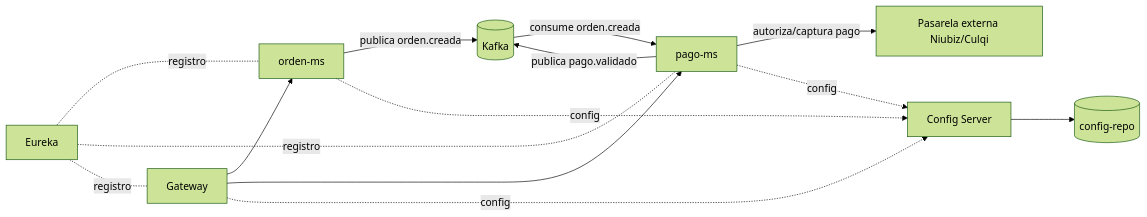
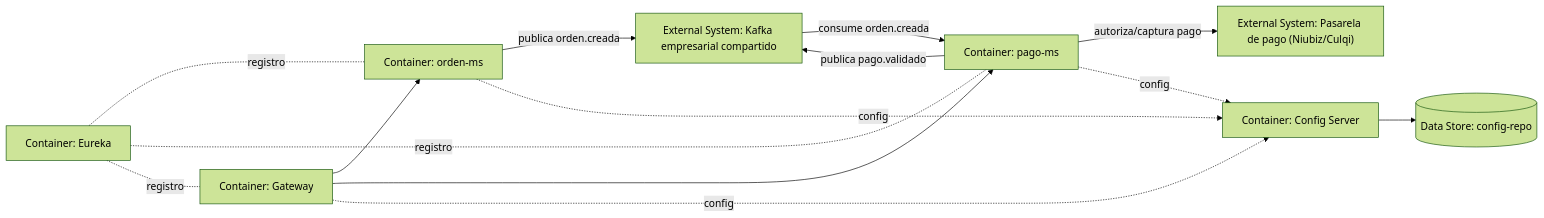
One commit to 262dist/pagatu changed the fourth of 5 diagrams in README.md. Above: the diagram before and after it, drawn with Mermaid (forest theme). The commit also changed other lines of this file, not shown here.

````diff
--- a/README.md
+++ b/README.md
@@ -145,19 +142,19 @@
 ```mermaid
 flowchart LR
-    gateway[Gateway] --> orden[orden-ms]
-    gateway --> pago[pago-ms]
+    gateway["Container: Gateway"] --> orden["Container: orden-ms"]
+    gateway --> pago["Container: pago-ms"]
 
-    orden[orden-ms] -- publica orden.creada --> kafka[(Kafka)]
-    kafka -- consume orden.creada --> pago[pago-ms]
-    pago -- autoriza/captura pago --> pasarela[Pasarela externa Niubiz/Culqi]
+    orden -- publica orden.creada --> kafka["External System: Kafka empresarial compartido"]
+    kafka -- consume orden.creada --> pago
+    pago -- autoriza/captura pago --> pasarela["External System: Pasarela de pago (Niubiz/Culqi)"]
     pago -- publica pago.validado --> kafka
 
-    config[Config Server] --> configrepo[(config-repo)]
+    config["Container: Config Server"] --> configrepo[(Data Store: config-repo)]
     orden -. config .-> config
     pago -. config .-> config
     gateway -. config .-> config
 
-    eureka[Eureka] -. registro .- orden
+    eureka["Container: Eureka"] -. registro .- orden
     eureka -. registro .- pago
     eureka -. registro .- gateway
 ```
````
